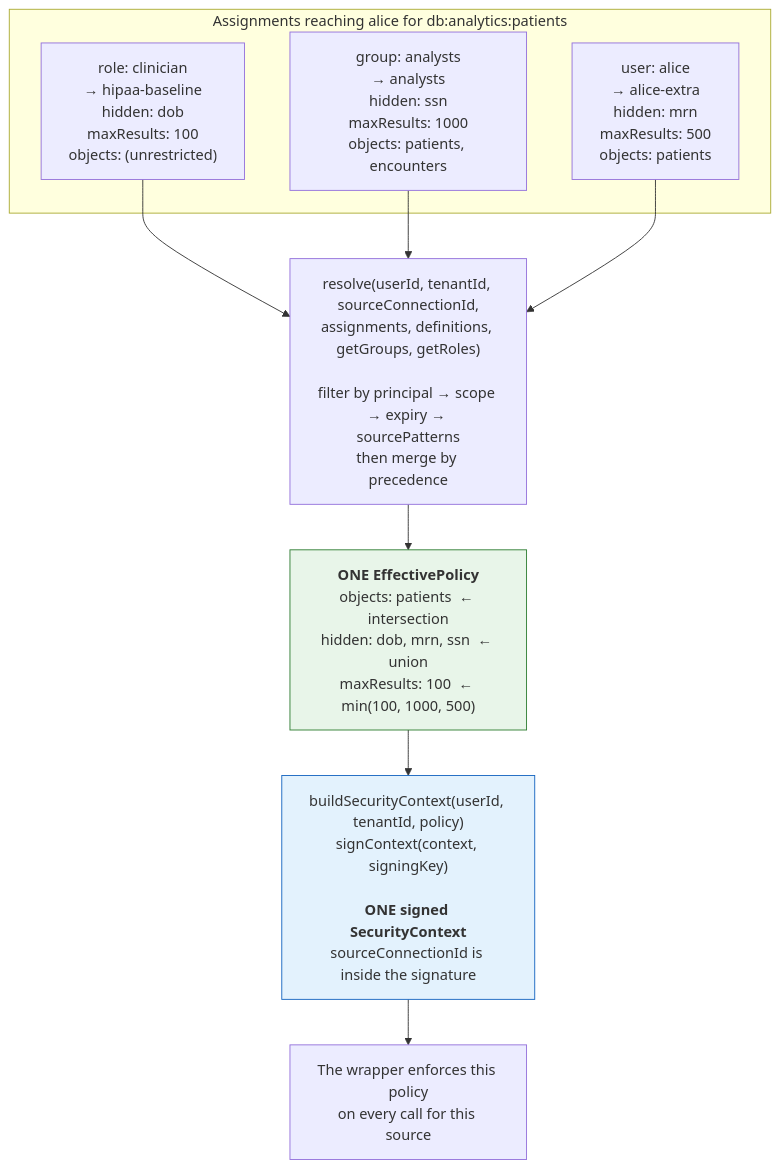
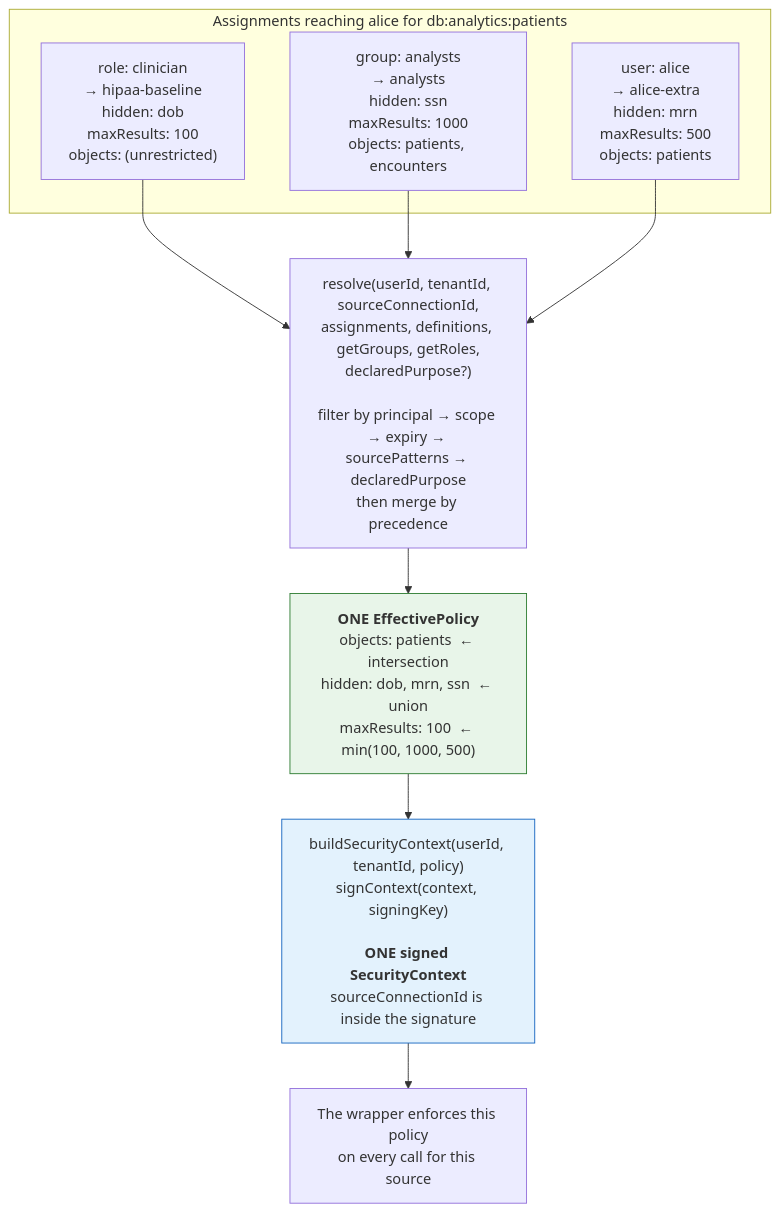
One commit to awslabs/tolap changed the second of 12 diagrams in docs/architecture.md. Above: the diagram before and after it, drawn with Mermaid. The commit also changed other lines of this file and 191 other files, not shown here.

````diff
--- a/docs/architecture.md
+++ b/docs/architecture.md
@@ -130,25 +158,25 @@
 ```mermaid
 flowchart TD
     subgraph assigned["Assignments reaching alice for db:analytics:patients"]
         R["role: clinician<br/>→ hipaa-baseline<br/>hidden: dob<br/>maxResults: 100<br/>objects: (unrestricted)"]
         G["group: analysts<br/>→ analysts<br/>hidden: ssn<br/>maxResults: 1000<br/>objects: patients, encounters"]
         U["user: alice<br/>→ alice-extra<br/>hidden: mrn<br/>maxResults: 500<br/>objects: patients"]
     end
 
     R --> RES
     G --> RES
     U --> RES
 
-    RES["resolve(userId, tenantId, sourceConnectionId,<br/>assignments, definitions, getGroups, getRoles)<br/><br/>filter by principal → scope → expiry → sourcePatterns<br/>then merge by precedence"]
+    RES["resolve(userId, tenantId, sourceConnectionId,<br/>assignments, definitions, getGroups, getRoles,<br/>declaredPurpose?)<br/><br/>filter by principal → scope → expiry → sourcePatterns → declaredPurpose<br/>then merge by precedence"]
 
     RES --> EFF
 
     EFF["<b>ONE EffectivePolicy</b><br/>objects: patients &nbsp;← intersection<br/>hidden: dob, mrn, ssn &nbsp;← union<br/>maxResults: 100 &nbsp;← min(100, 1000, 500)"]
 
     EFF --> CTX["buildSecurityContext(userId, tenantId, policy)<br/>signContext(context, signingKey)<br/><br/><b>ONE signed SecurityContext</b><br/>sourceConnectionId is inside the signature"]
 
     CTX --> ENF["The wrapper enforces this policy<br/>on every call for this source"]
 
     style EFF fill:#e8f5e9,stroke:#2e7d32
     style CTX fill:#e3f2fd,stroke:#1565c0
 ```
````
